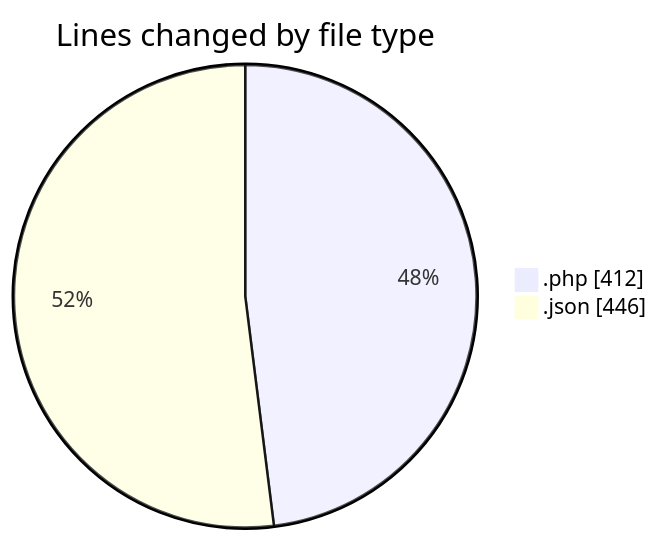
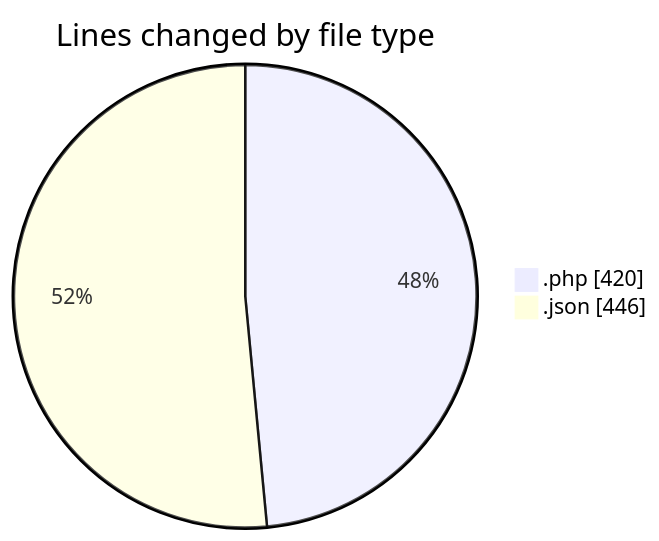
Before and after one commit to idhammustaqopulfikri/code-tracking: the first of 2 diagrams in 2025-03-27/autodidak/README.md, drawn with Mermaid. The commit also changed other lines of this file and 1 other file, not shown here.

````diff
--- a/2025-03-27/autodidak/README.md
+++ b/2025-03-27/autodidak/README.md
@@ -27,6 +27,6 @@
 ```mermaid
 pie showData
 title Lines changed by file type
-".php" : 412
+".php" : 420
 ".json" : 446
 ```
````
